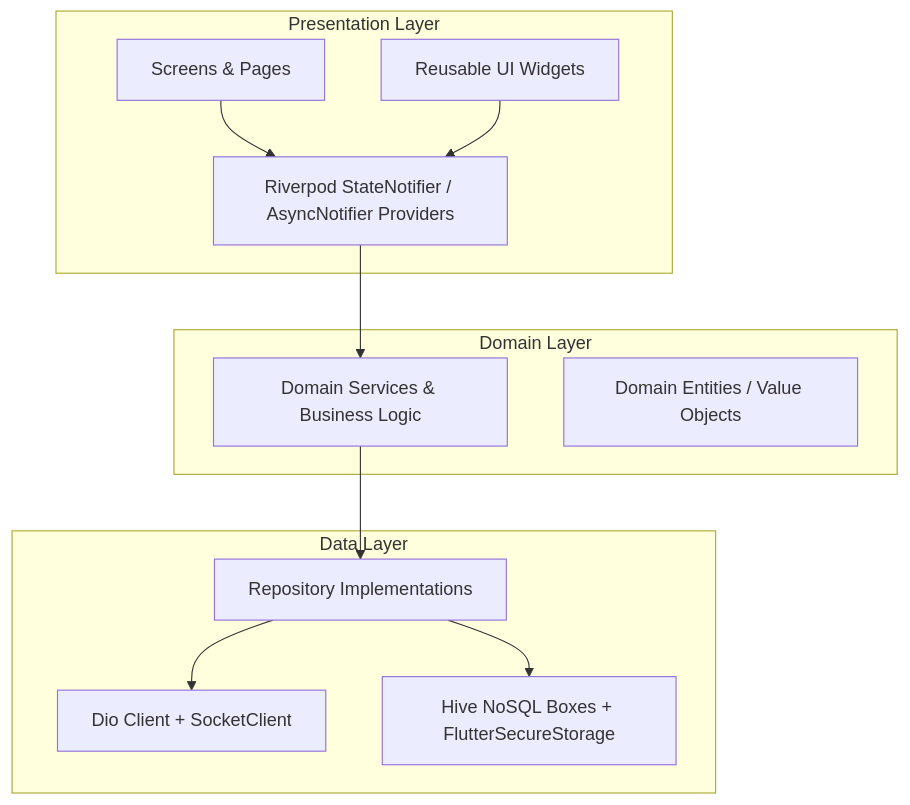
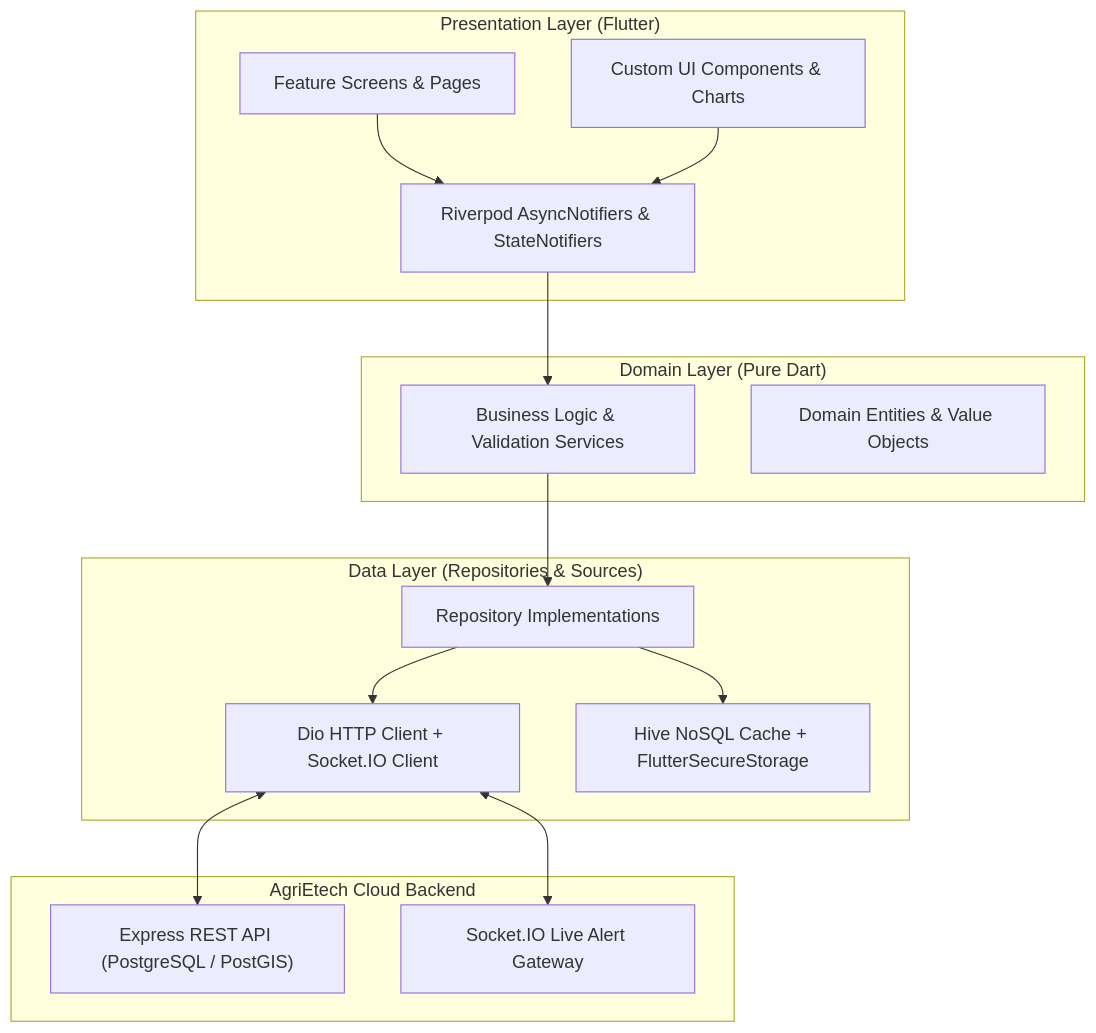
Before and after one commit to agrietech/agriEtech-frontend: the diagram in README.md, drawn with Mermaid. The commit also changed other lines of this file and 10 other files, not shown here.

Commit message:
docs: streamline frontend architecture, state management guides, and team matrix

````diff
--- a/README.md
+++ b/README.md
@@ -22,26 +31,33 @@
 ```mermaid
 flowchart TD
-    subgraph Presentation Layer
-        Screens[Screens & Pages]
-        Widgets[Reusable UI Widgets]
-        Providers[Riverpod StateNotifier / AsyncNotifier Providers]
+    subgraph Presentation_Layer["Presentation Layer (Flutter)"]
+        UI_Screens["Feature Screens & Pages"]
+        UI_Widgets["Custom UI Components & Charts"]
+        State_Providers["Riverpod AsyncNotifiers & StateNotifiers"]
     end
 
-    subgraph Domain Layer
-        Services[Domain Services & Business Logic]
-        Entities[Domain Entities / Value Objects]
+    subgraph Domain_Layer["Domain Layer (Pure Dart)"]
+        Domain_Services["Business Logic & Validation Services"]
+        Domain_Entities["Domain Entities & Value Objects"]
     end
 
-    subgraph Data Layer
-        Repositories[Repository Implementations]
-        RemoteData[Dio Client + SocketClient]
-        LocalData[Hive NoSQL Boxes + FlutterSecureStorage]
+    subgraph Data_Layer["Data Layer (Repositories & Sources)"]
+        Data_Repos["Repository Implementations"]
+        Remote_Source["Dio HTTP Client + Socket.IO Client"]
+        Local_Source["Hive NoSQL Cache + FlutterSecureStorage"]
     end
 
-    Screens --> Providers
-    Widgets --> Providers
-    Providers --> Services
-    Services --> Repositories
-    Repositories --> RemoteData
-    Repositories --> LocalData
+    subgraph Backend_Cloud["AgriEtech Cloud Backend"]
+        REST_API["Express REST API (PostgreSQL / PostGIS)"]
+        WS_Stream["Socket.IO Live Alert Gateway"]
+    end
+
+    UI_Screens --> State_Providers
+    UI_Widgets --> State_Providers
+    State_Providers --> Domain_Services
+    Domain_Services --> Data_Repos
+    Data_Repos --> Remote_Source
+    Data_Repos --> Local_Source
+    Remote_Source <--> REST_API
+    Remote_Source <--> WS_Stream
 ```
````
